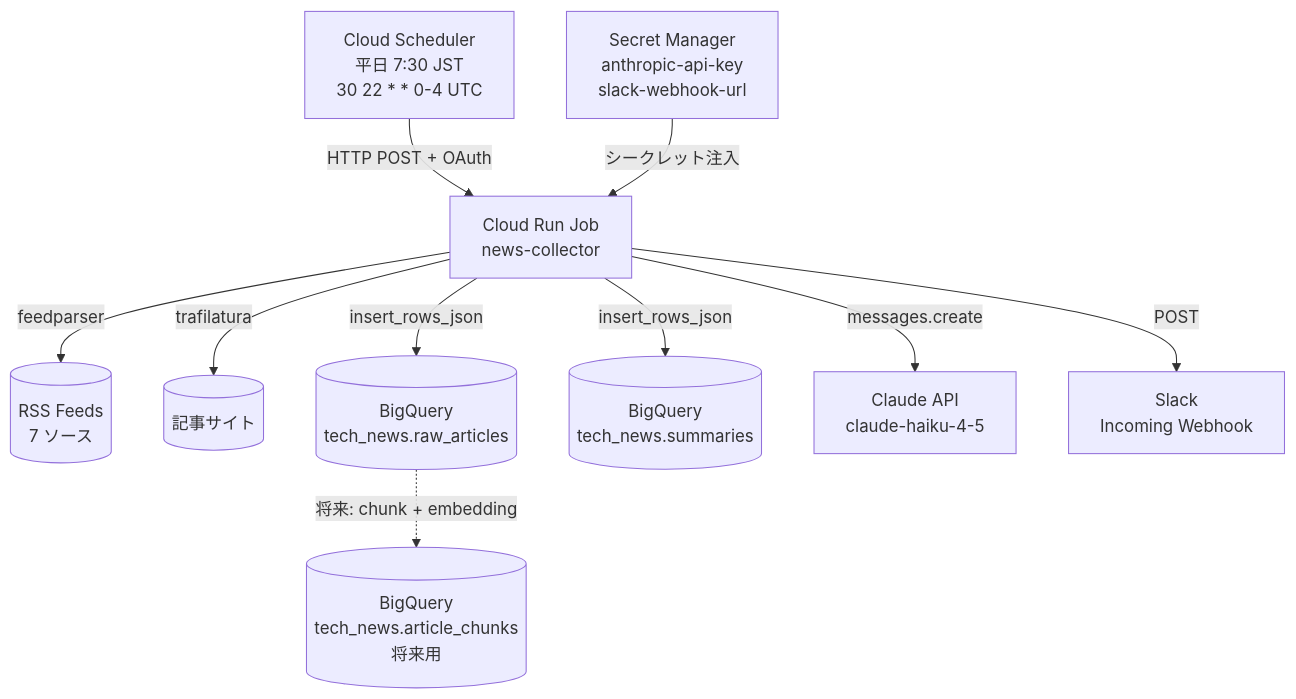
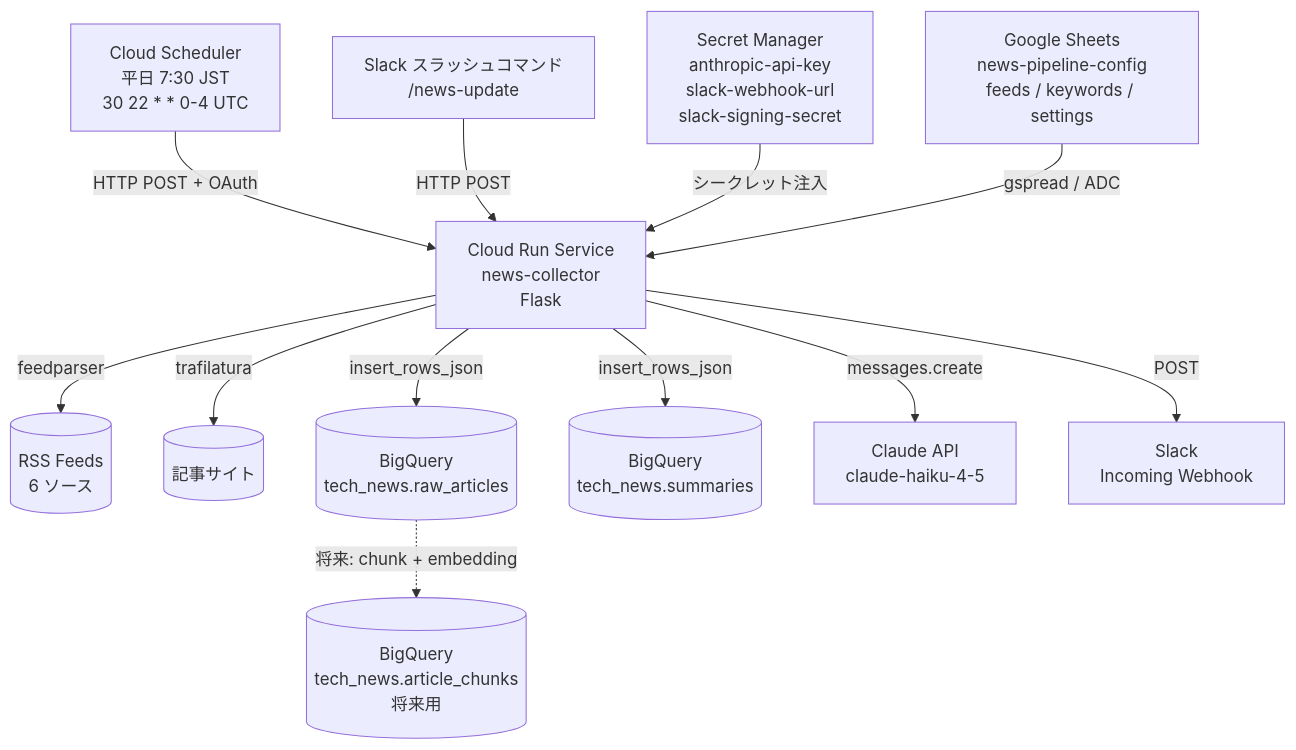
Before and after one commit to mishi5/data-platform-handson: the first of 6 diagrams in docs/news-pipeline-architecture.md, drawn with Mermaid. The commit also changed other lines of this file and 9 other files, not shown here.

````diff
--- a/docs/news-pipeline-architecture.md
+++ b/docs/news-pipeline-architecture.md
@@ -5,23 +5,27 @@
 ```mermaid
 graph TD
     CS[Cloud Scheduler<br/>平日 7:30 JST<br/>30 22 * * 0-4 UTC]
-    CR[Cloud Run Job<br/>news-collector]
-    SM[Secret Manager<br/>anthropic-api-key<br/>slack-webhook-url]
-    RSS[(RSS Feeds<br/>7 ソース)]
+    SLACK_CMD[Slack スラッシュコマンド<br/>/news-update]
+    CR[Cloud Run Service<br/>news-collector<br/>Flask]
+    SM[Secret Manager<br/>anthropic-api-key<br/>slack-webhook-url<br/>slack-signing-secret]
+    GS[Google Sheets<br/>news-pipeline-config<br/>feeds / keywords / settings]
+    RSS[(RSS Feeds<br/>6 ソース)]
     WEB[(記事サイト)]
     BQ_RAW[(BigQuery<br/>tech_news.raw_articles)]
     BQ_SUM[(BigQuery<br/>tech_news.summaries)]
     BQ_CHK[(BigQuery<br/>tech_news.article_chunks<br/>将来用)]
     CLAUDE[Claude API<br/>claude-haiku-4-5]
     SLACK[Slack<br/>Incoming Webhook]
 
     CS -->|HTTP POST + OAuth| CR
+    SLACK_CMD -->|HTTP POST| CR
     SM -->|シークレット注入| CR
+    GS -->|gspread / ADC| CR
     CR -->|feedparser| RSS
     CR -->|trafilatura| WEB
     CR -->|insert_rows_json| BQ_RAW
     CR -->|messages.create| CLAUDE
     CR -->|insert_rows_json| BQ_SUM
     CR -->|POST| SLACK
     BQ_RAW -.->|将来: chunk + embedding| BQ_CHK
 ```
````
